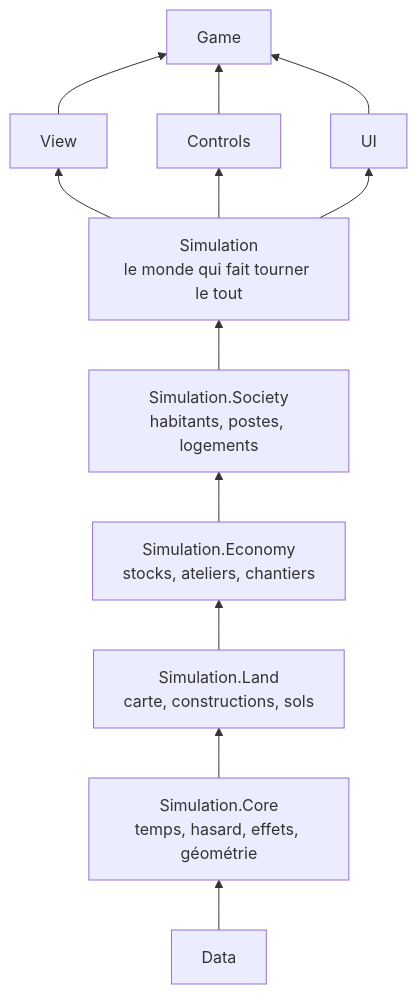
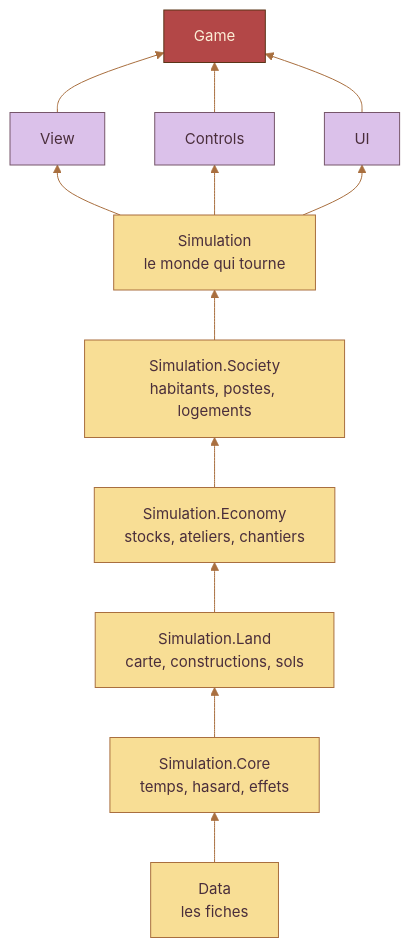
One commit to SNZMTO/DIciELa changed the diagram in README.md. Above: the diagram before and after it, drawn with Mermaid. The commit also changed other lines of this file and 10 other files, not shown here.

First line of the commit message:
README en couleurs : le panneau, le ruban et les plaques de l'interface, une grande capture du jeu ; Tools/vitrine_images.py

````diff
--- a/README.md
+++ b/README.md
@@ -56,12 +55,19 @@
 ```mermaid
+%%{init: {'theme': 'base', 'themeVariables': {'primaryColor': '#F8DE95', 'primaryTextColor': '#4A2E3B', 'primaryBorderColor': '#A96F3F', 'lineColor': '#A96F3F', 'fontSize': '15px'}}}%%
 flowchart BT
-  Data --> Core["Simulation.Core<br/>temps, hasard, effets, géométrie"]
+  Data["Data<br/>les fiches"] --> Core["Simulation.Core<br/>temps, hasard, effets"]
   Core --> Land["Simulation.Land<br/>carte, constructions, sols"]
   Land --> Economy["Simulation.Economy<br/>stocks, ateliers, chantiers"]
   Economy --> Society["Simulation.Society<br/>habitants, postes, logements"]
-  Society --> Simulation["Simulation<br/>le monde qui fait tourner le tout"]
+  Society --> Simulation["Simulation<br/>le monde qui tourne"]
   Simulation --> View & Controls & UI
   View --> Game
   Controls --> Game
   UI --> Game
+  classDef simulation fill:#F8DE95,stroke:#A96F3F,color:#4A2E3B
+  classDef ecran fill:#DBC1EA,stroke:#76566A,color:#4A2E3B
+  classDef jeu fill:#B34747,stroke:#5A3417,color:#FCEED6
+  class Data,Core,Land,Economy,Society,Simulation simulation
+  class View,Controls,UI ecran
+  class Game jeu
 ```
````
